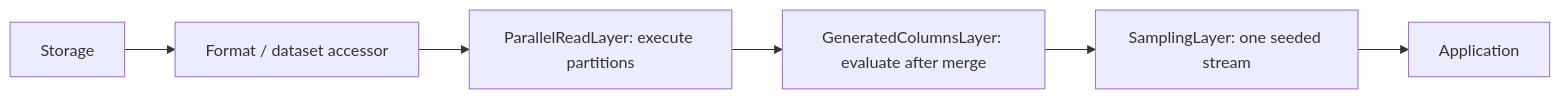
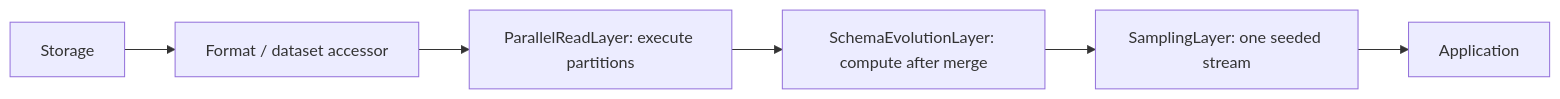
One commit to dentiny/open-arrow-access changed the first of 2 diagrams in layers/README.md. Above: the diagram before and after it, drawn with Mermaid. The commit also changed other lines of this file and 24 other files, not shown here.

Commit message:
refactor(layers): unify computed columns in schema evolution (#380)

````diff
--- a/layers/README.md
+++ b/layers/README.md
@@ -23,8 +22,8 @@
 ```mermaid
 flowchart LR
     Storage["Storage"] --> Format["Format / dataset accessor"]
     Format --> Parallel["ParallelReadLayer: execute partitions"]
-    Parallel --> Generated["GeneratedColumnsLayer: evaluate after merge"]
+    Parallel --> Generated["SchemaEvolutionLayer: compute after merge"]
     Generated --> Sampling["SamplingLayer: one seeded stream"]
     Sampling --> App["Application"]
 ```
````
